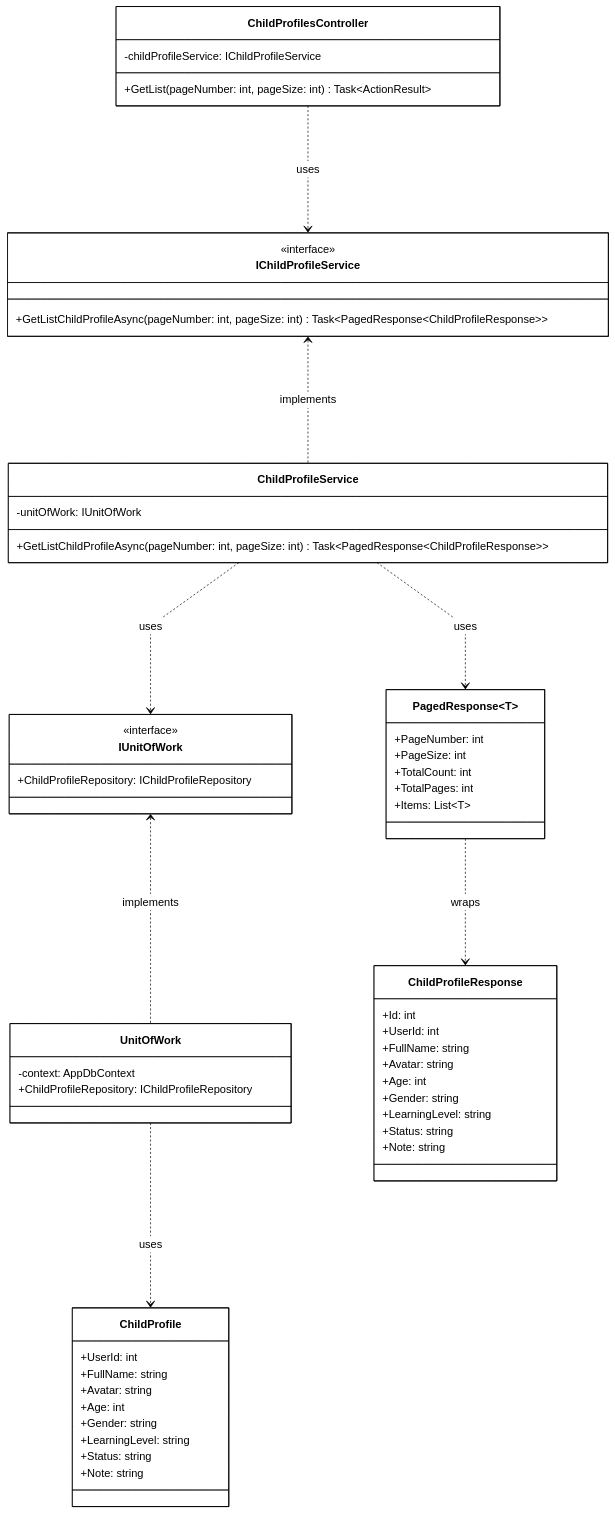
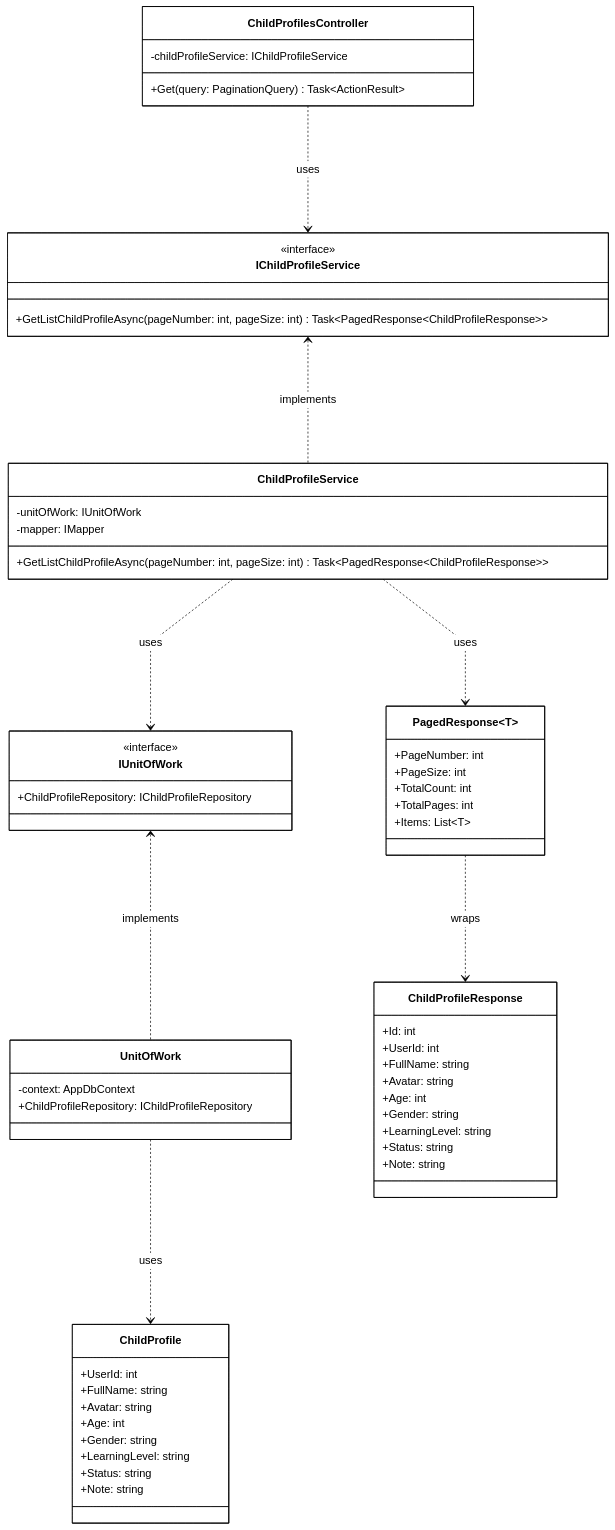
Before and after one commit to PhucAnDev/docx-diagram: the diagram in 06-child-profile-enrollment/sequence-diagram/classes/get-list-child-profiles.class.mmd, drawn with Mermaid. The commit also changed 11 other files, not shown here.

Commit message:
fix: update Module 06 class diagrams with correct IMapper fields, controller method names, and activations

```diff
--- a/06-child-profile-enrollment/sequence-diagram/classes/get-list-child-profiles.class.mmd
+++ b/06-child-profile-enrollment/sequence-diagram/classes/get-list-child-profiles.class.mmd
@@ -1,67 +1,68 @@
 %%{init: {'theme':'base', 'flowchart':{'nodeSpacing':120,'rankSpacing':160,'curve':'linear'}, 'themeVariables': {'mainBkg':'#ffffff','nodeBorder':'#000000','clusterBkg':'#ffffff','clusterBorder':'#000000','titleColor':'#000000','edgeLabelBackground':'#ffffff','classText':'#000000','lineColor':'#000000','primaryColor':'#ffffff','primaryTextColor':'#000000','primaryBorderColor':'#000000'}}}%%
 classDiagram
     direction TB
 
     class ChildProfilesController {
         -childProfileService: IChildProfileService
-        +GetList(pageNumber: int, pageSize: int) Task~ActionResult~
+        +Get(query: PaginationQuery) Task~ActionResult~
     }
 
     class IChildProfileService {
         <<interface>>
         +GetListChildProfileAsync(pageNumber: int, pageSize: int) Task~PagedResponse~ChildProfileResponse~~
     }
 
     class ChildProfileService {
         -unitOfWork: IUnitOfWork
+        -mapper: IMapper
         +GetListChildProfileAsync(pageNumber: int, pageSize: int) Task~PagedResponse~ChildProfileResponse~~
     }
 
     class IUnitOfWork {
         <<interface>>
         +ChildProfileRepository: IChildProfileRepository
     }
 
     class UnitOfWork {
         -context: AppDbContext
         +ChildProfileRepository: IChildProfileRepository
     }
 
     class ChildProfileResponse {
         +Id: int
         +UserId: int
         +FullName: string
         +Avatar: string
         +Age: int
         +Gender: string
         +LearningLevel: string
         +Status: string
         +Note: string
     }
 
     class PagedResponse~T~ {
         +PageNumber: int
         +PageSize: int
         +TotalCount: int
         +TotalPages: int
         +Items: List~T~
     }
 
     class ChildProfile {
         +UserId: int
         +FullName: string
         +Avatar: string
         +Age: int
         +Gender: string
         +LearningLevel: string
         +Status: string
         +Note: string
     }
 
     ChildProfilesController ..> IChildProfileService : uses
     IChildProfileService <.. ChildProfileService : implements
     ChildProfileService ..> IUnitOfWork : uses
     ChildProfileService ..> PagedResponse~ChildProfileResponse~ : uses
     PagedResponse~ChildProfileResponse~ ..> ChildProfileResponse : wraps
     IUnitOfWork <.. UnitOfWork : implements
     UnitOfWork ..> ChildProfile : uses
```
